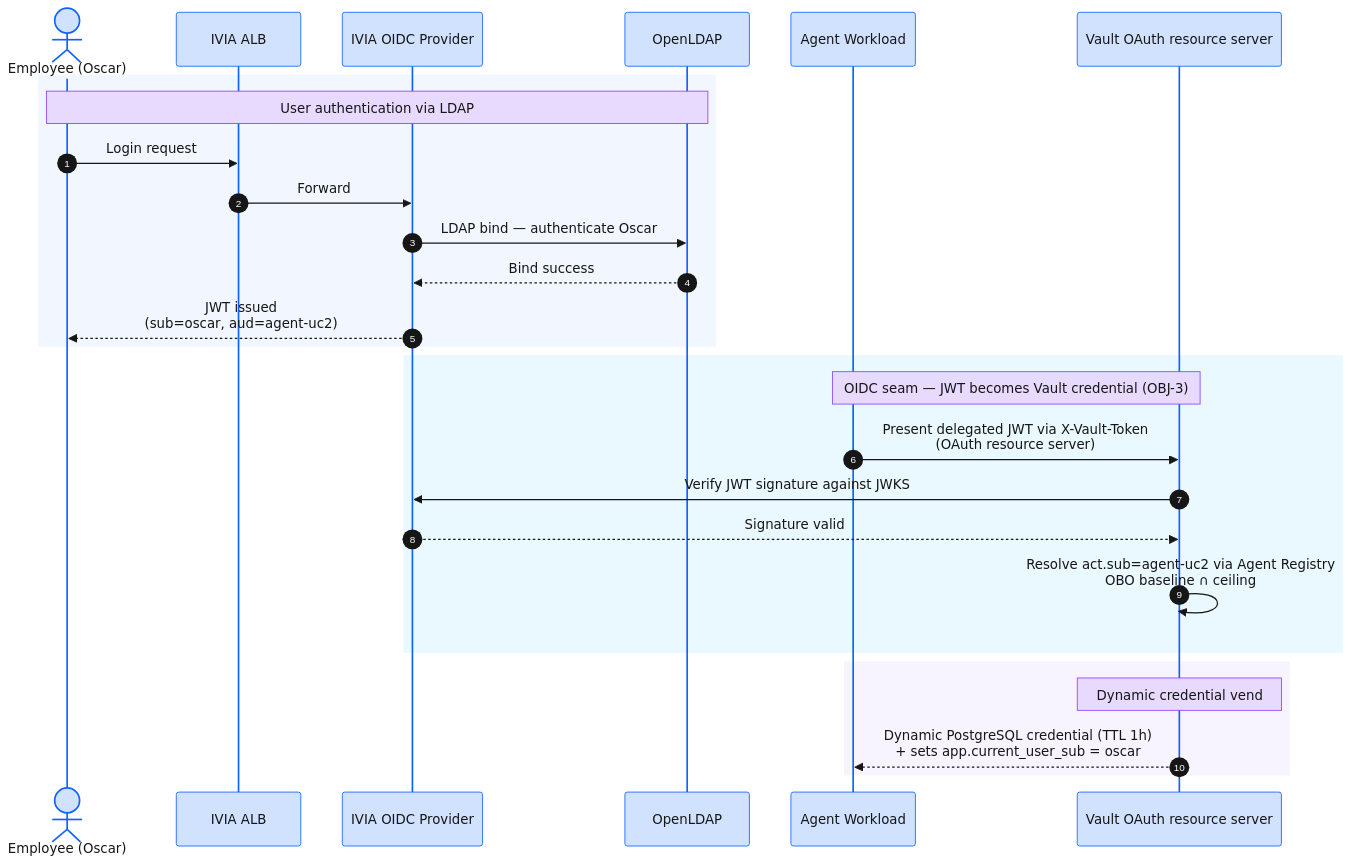
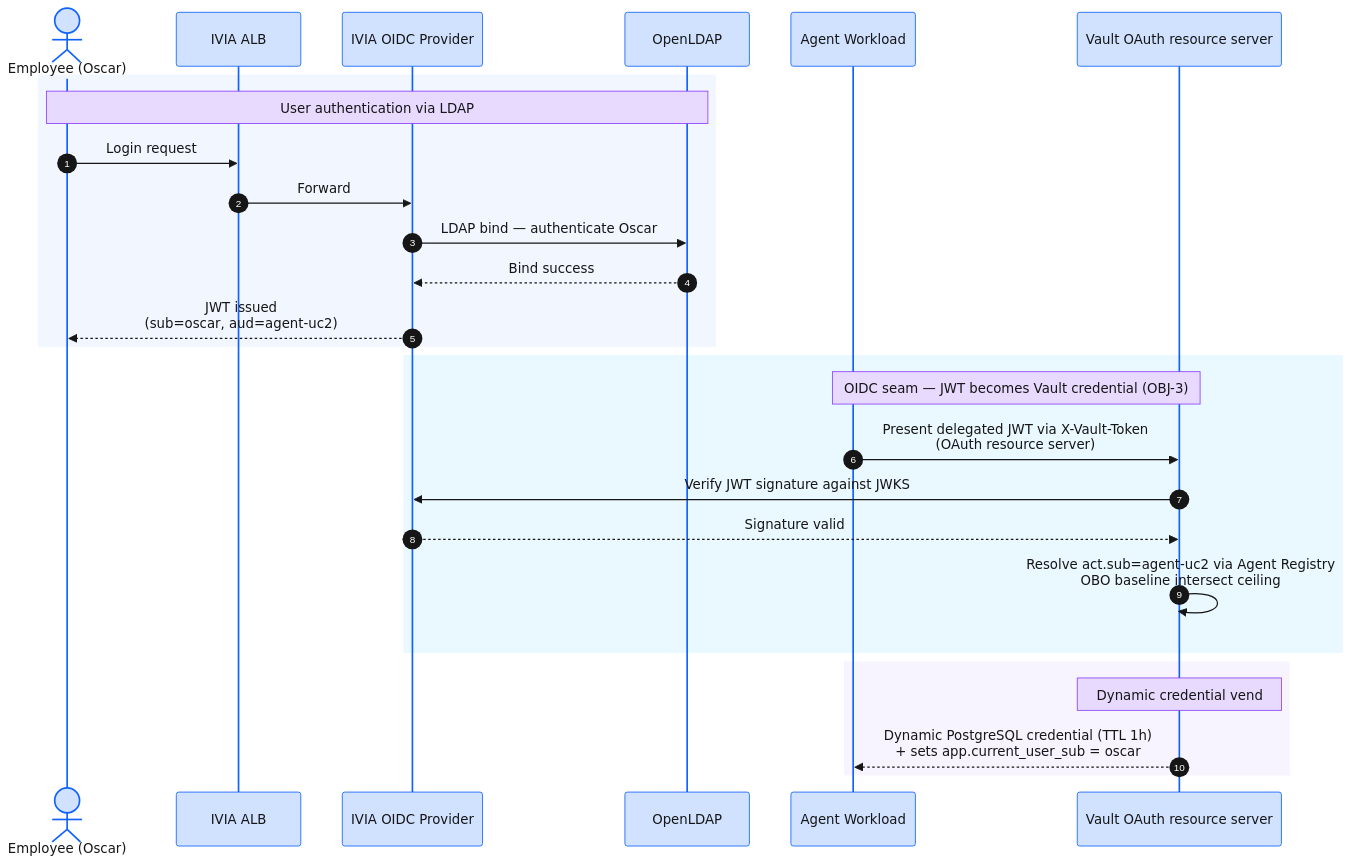
One commit to aws-samples/sample-agentic-runtime-security-on-aws-with-vault changed the diagram in workshop/content/30-deploy-foundation/37-oidc-seam/index.en.md. Above: the diagram before and after it, drawn with Mermaid. The commit also changed 5 other files, not shown here.

First line of the commit message:
fix(content): make UC2 layer count self-consistent + drop unproven glyph from mermaid

````diff
--- a/workshop/content/30-deploy-foundation/37-oidc-seam/index.en.md
+++ b/workshop/content/30-deploy-foundation/37-oidc-seam/index.en.md
@@ -10,55 +10,55 @@
 ```mermaid
 %%{init: {'theme': 'base', 'themeVariables': {
   'primaryColor': '#d0e2ff',
   'primaryTextColor': '#161616',
   'primaryBorderColor': '#0f62fe',
   'lineColor': '#0f62fe',
   'secondaryColor': '#bae6ff',
   'tertiaryColor': '#f4f4f4',
   'noteBkgColor': '#e8daff',
   'noteTextColor': '#161616',
   'noteBorderColor': '#8a3ffc',
   'actorBkg': '#d0e2ff',
   'actorBorder': '#0f62fe',
   'actorTextColor': '#161616',
   'signalColor': '#161616',
   'signalTextColor': '#161616',
   'labelBoxBkgColor': '#d0e2ff',
   'labelBoxBorderColor': '#0f62fe',
   'labelTextColor': '#161616',
   'loopTextColor': '#161616',
   'activationBorderColor': '#0f62fe',
   'activationBkgColor': '#edf5ff',
   'sequenceNumberColor': '#ffffff'
 }}}%%
 sequenceDiagram
     autonumber
     actor Oscar as Employee (Oscar)
     participant ALB as IVIA ALB
     participant IVIA as IVIA OIDC Provider
     participant LDAP as OpenLDAP
     participant Agent as Agent Workload
     participant Vault as Vault OAuth resource server
 
     rect rgba(208, 226, 255, 0.3)
     Note over Oscar,LDAP: User authentication via LDAP
     Oscar->>ALB: Login request
     ALB->>IVIA: Forward
     IVIA->>LDAP: LDAP bind — authenticate Oscar
     LDAP-->>IVIA: Bind success
     IVIA-->>Oscar: JWT issued<br/>(sub=oscar, aud=agent-uc2)
     end
 
     rect rgba(186, 230, 255, 0.3)
     Note over Agent,Vault: OIDC seam — JWT becomes Vault credential (OBJ-3)
     Agent->>Vault: Present delegated JWT via X-Vault-Token<br/>(OAuth resource server)
     Vault->>IVIA: Verify JWT signature against JWKS
     IVIA-->>Vault: Signature valid
-    Vault->>Vault: Resolve act.sub=agent-uc2 via Agent Registry<br/>OBO baseline ∩ ceiling
+    Vault->>Vault: Resolve act.sub=agent-uc2 via Agent Registry<br/>OBO baseline intersect ceiling
     end
 
     rect rgba(232, 218, 255, 0.3)
     Note over Vault,Vault: Dynamic credential vend
     Vault-->>Agent: Dynamic PostgreSQL credential (TTL 1h)<br/>+ sets app.current_user_sub = oscar
     end
 ```
````
